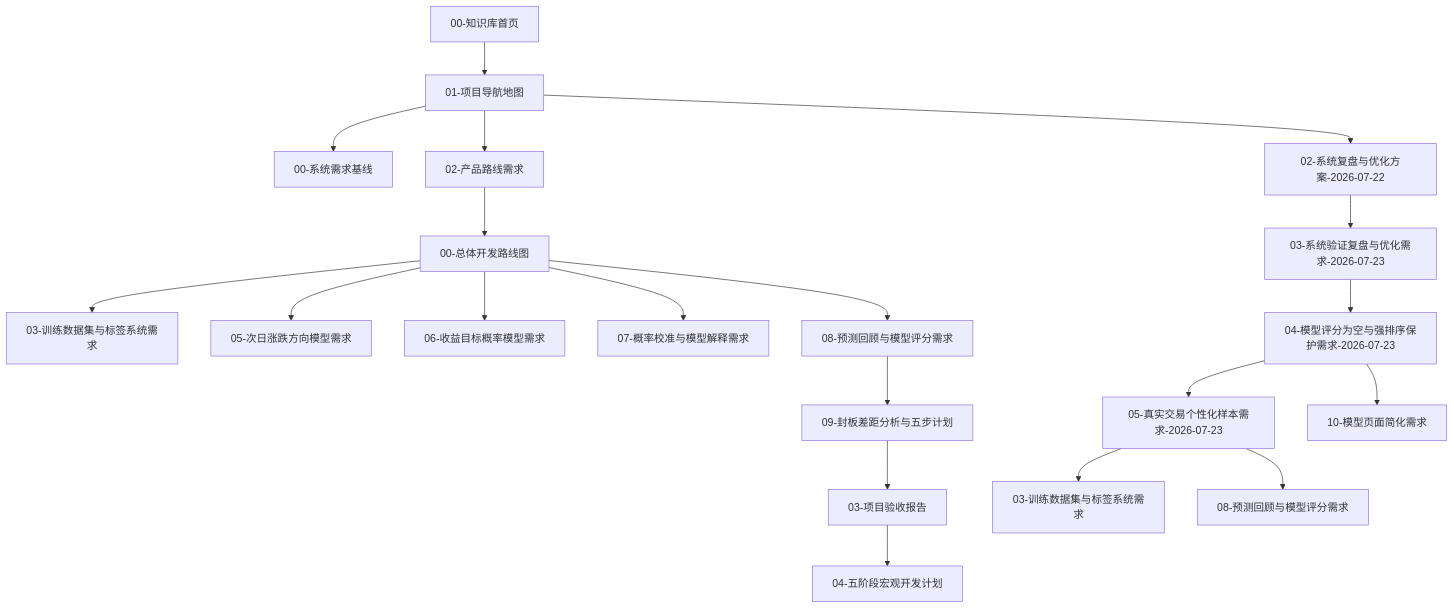
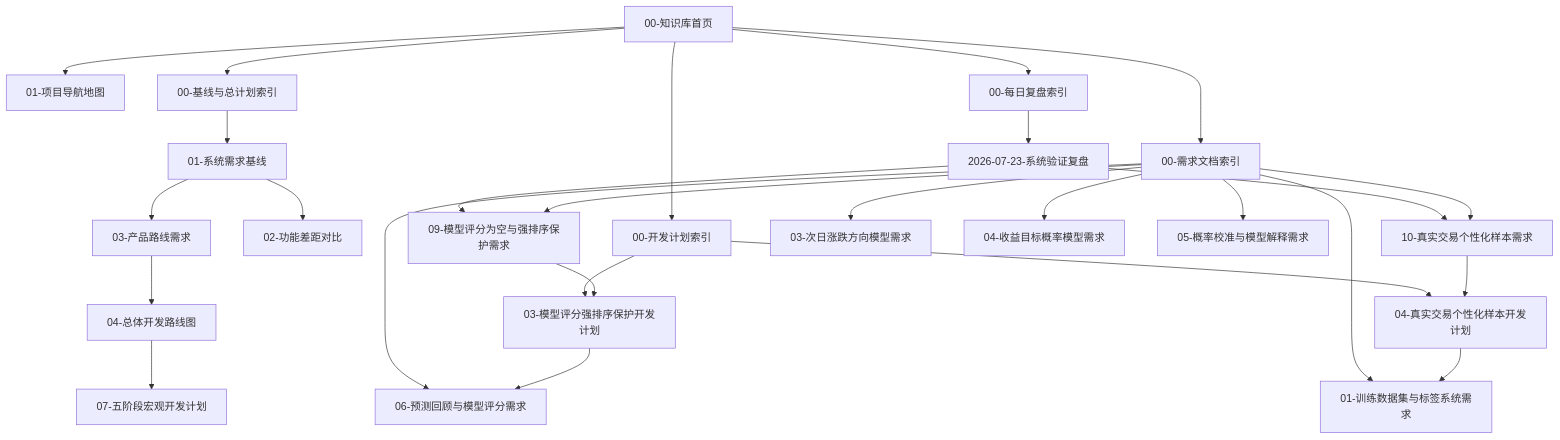
Before and after one commit to ixiaoxinxin/t_trade_system: the diagram in obsidian-vault/00-系统入口/05-知识图谱关系索引.md, drawn with Mermaid. The commit also changed other lines of this file and 110 other files, not shown here.

````diff
--- a/obsidian-vault/00-系统入口/05-知识图谱关系索引.md
+++ b/obsidian-vault/00-系统入口/05-知识图谱关系索引.md
@@ -25,22 +26,33 @@
 ```mermaid
 flowchart TD
     A["00-知识库首页"] --> B["01-项目导航地图"]
-    B --> C["00-系统需求基线"]
-    B --> D["02-产品路线需求"]
-    D --> E["00-总体开发路线图"]
-    E --> F["03-训练数据集与标签系统需求"]
-    E --> G["05-次日涨跌方向模型需求"]
-    E --> H["06-收益目标概率模型需求"]
-    E --> I["07-概率校准与模型解释需求"]
-    E --> J["08-预测回顾与模型评分需求"]
-    J --> K["09-封板差距分析与五步计划"]
-    K --> L["03-项目验收报告"]
-    L --> M["04-五阶段宏观开发计划"]
-    B --> N["02-系统复盘与优化方案-2026-07-22"]
-    N --> O["03-系统验证复盘与优化需求-2026-07-23"]
-    O --> P["04-模型评分为空与强排序保护需求-2026-07-23"]
-    P --> Q["05-真实交易个性化样本需求-2026-07-23"]
-    Q --> R["03-训练数据集与标签系统需求"]
-    Q --> S["08-预测回顾与模型评分需求"]
-    P --> T["10-模型页面简化需求"]
+    A --> C["00-基线与总计划索引"]
+    A --> D["00-每日复盘索引"]
+    A --> E["00-需求文档索引"]
+    A --> F["00-开发计划索引"]
+
+    C --> C1["01-系统需求基线"]
+    C1 --> C2["02-功能差距对比"]
+    C1 --> C3["03-产品路线需求"]
+    C3 --> C4["04-总体开发路线图"]
+    C4 --> C5["07-五阶段宏观开发计划"]
+
+    D --> D1["2026-07-23-系统验证复盘"]
+    D1 --> E9["09-模型评分为空与强排序保护需求"]
+    D1 --> E10["10-真实交易个性化样本需求"]
+
+    E --> E1["01-训练数据集与标签系统需求"]
+    E --> E3["03-次日涨跌方向模型需求"]
+    E --> E4["04-收益目标概率模型需求"]
+    E --> E5["05-概率校准与模型解释需求"]
+    E --> E6["06-预测回顾与模型评分需求"]
+    E --> E9
+    E --> E10
+
+    F --> F3["03-模型评分强排序保护开发计划"]
+    F --> F4["04-真实交易个性化样本开发计划"]
+    E9 --> F3
+    E10 --> F4
+    F3 --> E6
+    F4 --> E1
 ```
````
